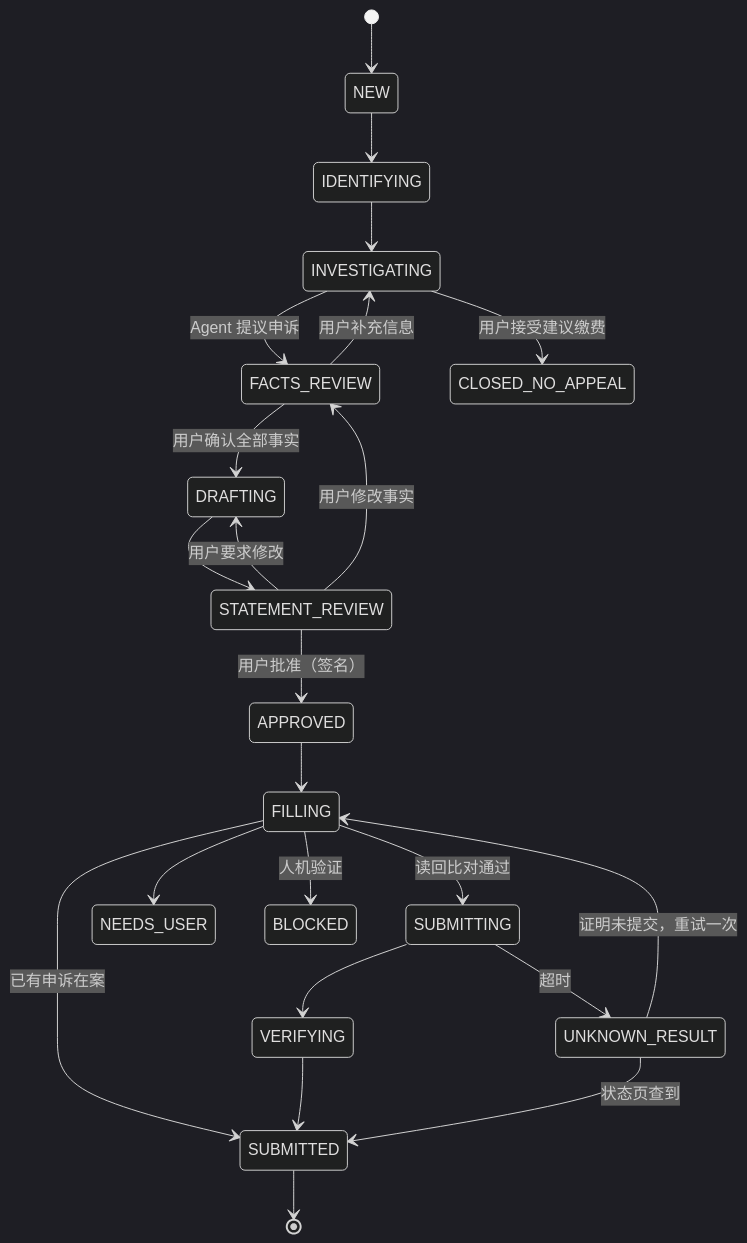
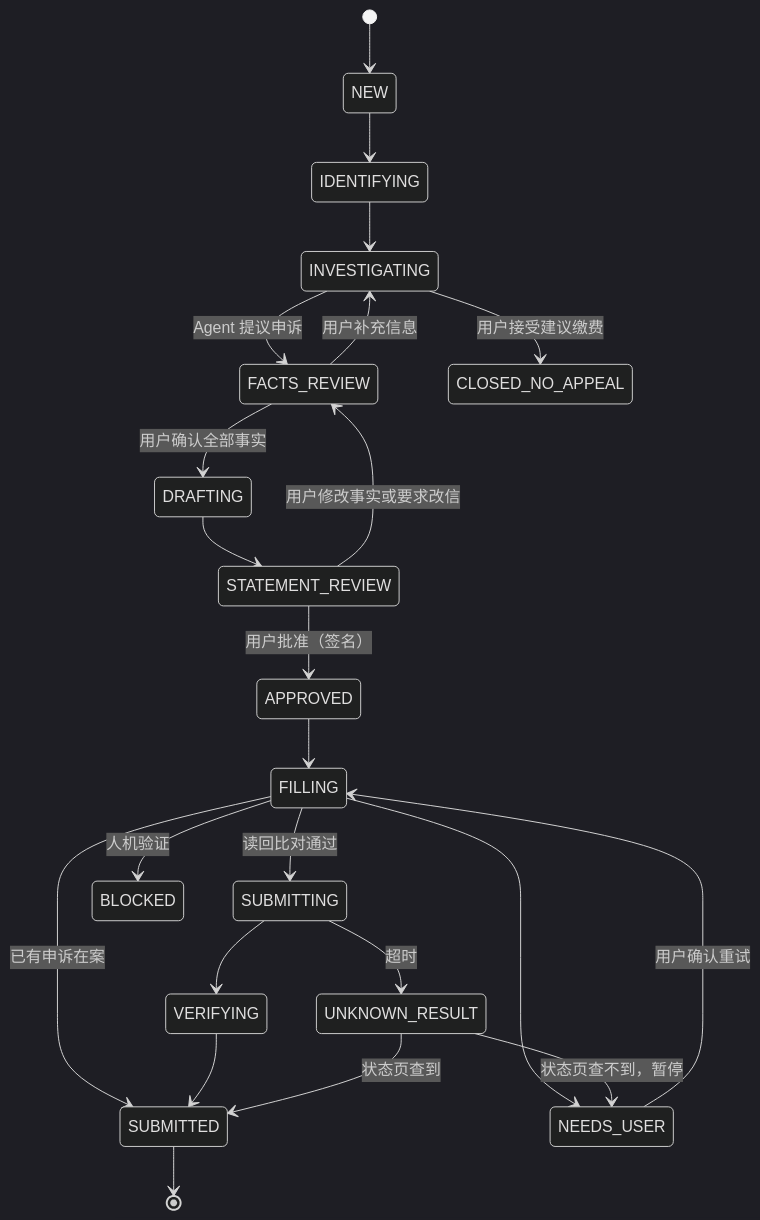
One commit to Esbmango/AppealHero changed the second of 4 diagrams in docs/ARCHITECTURE.md. Above: the diagram before and after it, drawn with Mermaid (dark theme). The commit also changed other lines of this file and 38 other files, not shown here.

````diff
--- a/docs/ARCHITECTURE.md
+++ b/docs/ARCHITECTURE.md
@@ -60,25 +61,25 @@
 ```mermaid
 stateDiagram-v2
   [*] --> NEW
   NEW --> IDENTIFYING
   IDENTIFYING --> INVESTIGATING
   INVESTIGATING --> FACTS_REVIEW: Agent 提议申诉
   INVESTIGATING --> CLOSED_NO_APPEAL: 用户接受建议缴费
   FACTS_REVIEW --> DRAFTING: 用户确认全部事实
   FACTS_REVIEW --> INVESTIGATING: 用户补充信息
   DRAFTING --> STATEMENT_REVIEW
-  STATEMENT_REVIEW --> DRAFTING: 用户要求修改
-  STATEMENT_REVIEW --> FACTS_REVIEW: 用户修改事实
+  STATEMENT_REVIEW --> FACTS_REVIEW: 用户修改事实或要求改信
   STATEMENT_REVIEW --> APPROVED: 用户批准（签名）
   APPROVED --> FILLING
   FILLING --> SUBMITTING: 读回比对通过
   FILLING --> SUBMITTED: 已有申诉在案
   FILLING --> NEEDS_USER
   FILLING --> BLOCKED: 人机验证
   SUBMITTING --> VERIFYING
   SUBMITTING --> UNKNOWN_RESULT: 超时
   VERIFYING --> SUBMITTED
   UNKNOWN_RESULT --> SUBMITTED: 状态页查到
-  UNKNOWN_RESULT --> FILLING: 证明未提交，重试一次
+  UNKNOWN_RESULT --> NEEDS_USER: 状态页查不到，暂停
+  NEEDS_USER --> FILLING: 用户确认重试
   SUBMITTED --> [*]
 ```
````
